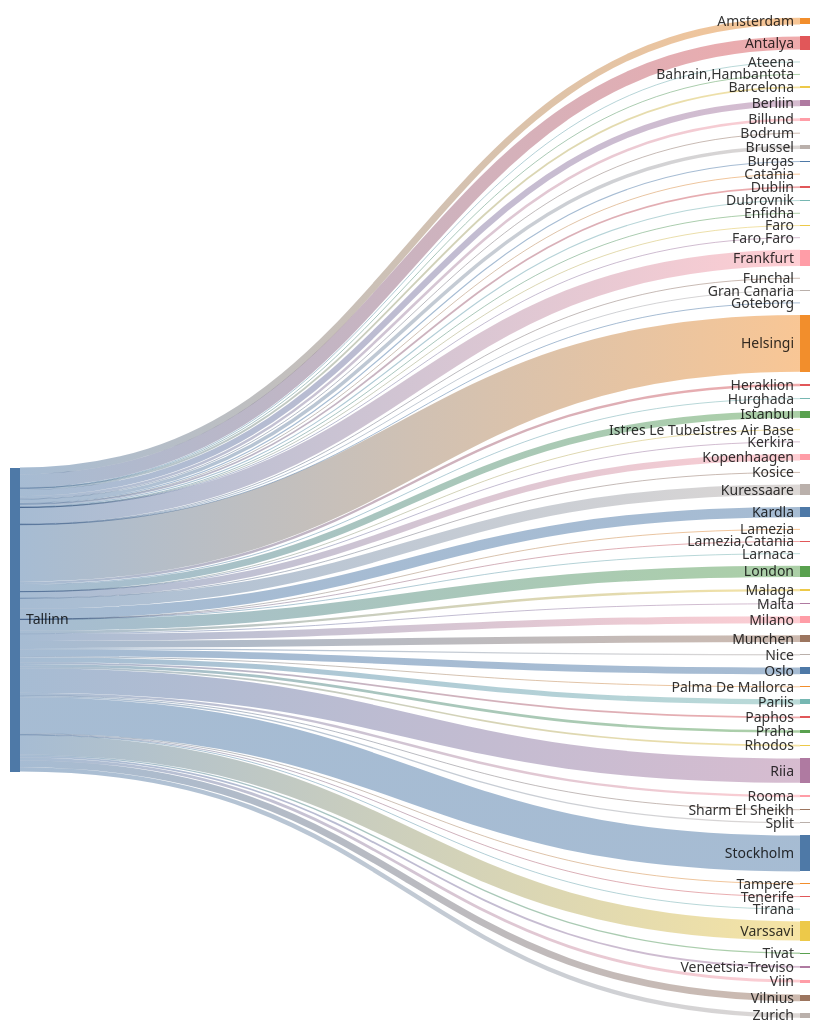
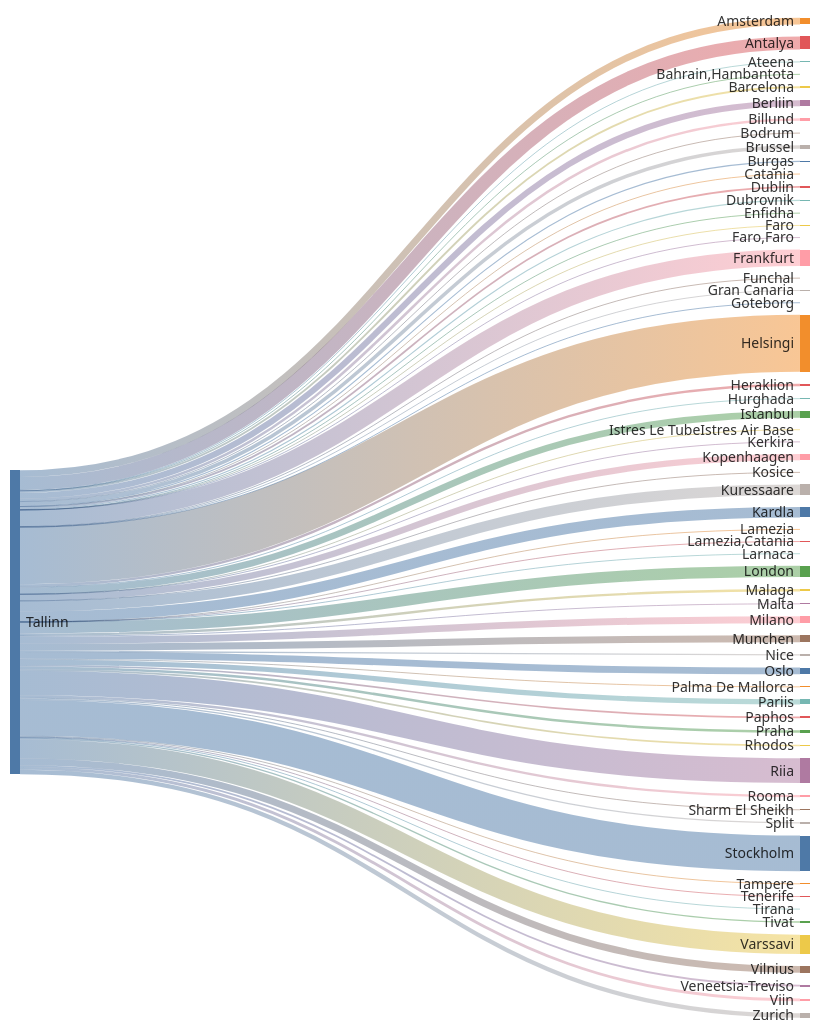
The second of 2 diagrams in README.md (rainermesi/tll-airport-departures), drawn with Mermaid before and after one commit. The commit also changed other lines of this file, not shown here.

````diff
--- a/README.md
+++ b/README.md
@@ -34,72 +34,72 @@
 ```mermaid
 ---
 config:
   sankey:
     showValues: false
     width: 800
     height: 1000
 ---
 sankey-beta
 %% source,target,value
-Tallinn,Amsterdam,129
+Tallinn,Amsterdam,130
 Tallinn,Antalya,248
 Tallinn,Ateena,16
 Tallinn,"Bahrain,Hambantota",1
-Tallinn,Barcelona,34
+Tallinn,Barcelona,35
 Tallinn,Berliin,116
 Tallinn,Billund,49
 Tallinn,Bodrum,11
 Tallinn,Brussel,67
 Tallinn,Burgas,21
 Tallinn,Catania,2
 Tallinn,Dublin,34
 Tallinn,Dubrovnik,21
 Tallinn,Enfidha,7
 Tallinn,Faro,4
 Tallinn,"Faro,Faro",1
-Tallinn,Frankfurt,312
+Tallinn,Frankfurt,314
 Tallinn,Funchal,5
 Tallinn,Gran Canaria,9
 Tallinn,Goteborg,1
-Tallinn,Helsingi,1083
+Tallinn,Helsingi,1092
 Tallinn,Heraklion,46
 Tallinn,Hurghada,15
-Tallinn,Istanbul,126
+Tallinn,Istanbul,127
 Tallinn,Istres Le TubeIstres Air Base,2
 Tallinn,Kerkira,4
 Tallinn,Kopenhaagen,122
 Tallinn,Kosice,1
-Tallinn,Kuressaare,199
-Tallinn,Kardla,199
+Tallinn,Kuressaare,201
+Tallinn,Kardla,201
 Tallinn,Lamezia,1
 Tallinn,"Lamezia,Catania",3
 Tallinn,Larnaca,4
-Tallinn,London,213
+Tallinn,London,215
 Tallinn,Malaga,45
 Tallinn,Malta,15
-Tallinn,Milano,133
-Tallinn,Munchen,133
+Tallinn,Milano,134
+Tallinn,Munchen,134
 Tallinn,Nice,25
 Tallinn,Oslo,131
 Tallinn,Palma De Mallorca,19
 Tallinn,Paphos,33
 Tallinn,Pariis,97
 Tallinn,Praha,49
 Tallinn,Rhodos,32
-Tallinn,Riia,465
+Tallinn,Riia,469
 Tallinn,Rooma,46
-Tallinn,Sharm El Sheikh,17
+Tallinn,Sharm El Sheikh,18
 Tallinn,Split,25
-Tallinn,Stockholm,683
+Tallinn,Stockholm,685
 Tallinn,Tampere,17
 Tallinn,Tenerife,13
 Tallinn,Tirana,8
 Tallinn,Tivat,26
-Tallinn,Varssavi,365
+Tallinn,Varssavi,368
 Tallinn,Veneetsia-Treviso,34
 Tallinn,Viin,54
-Tallinn,Vilnius,129
+Tallinn,Vilnius,131
 Tallinn,Zurich,83
 
 
 ```
````
